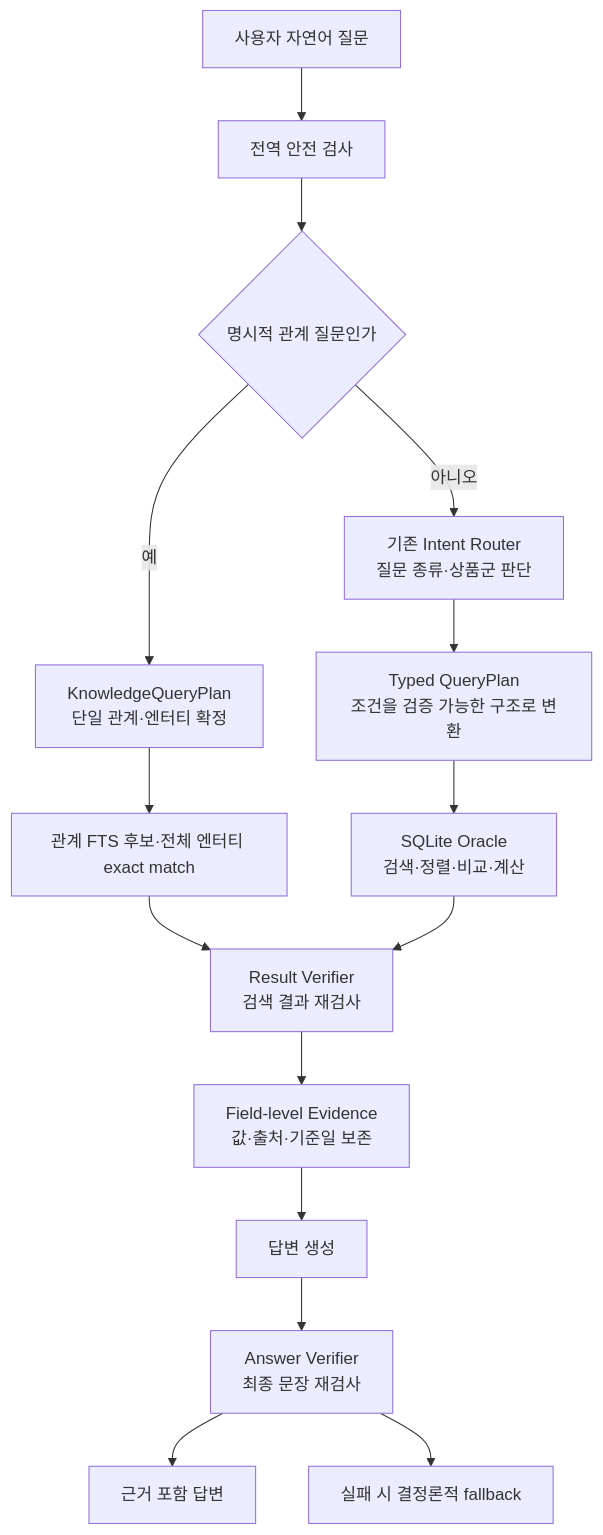
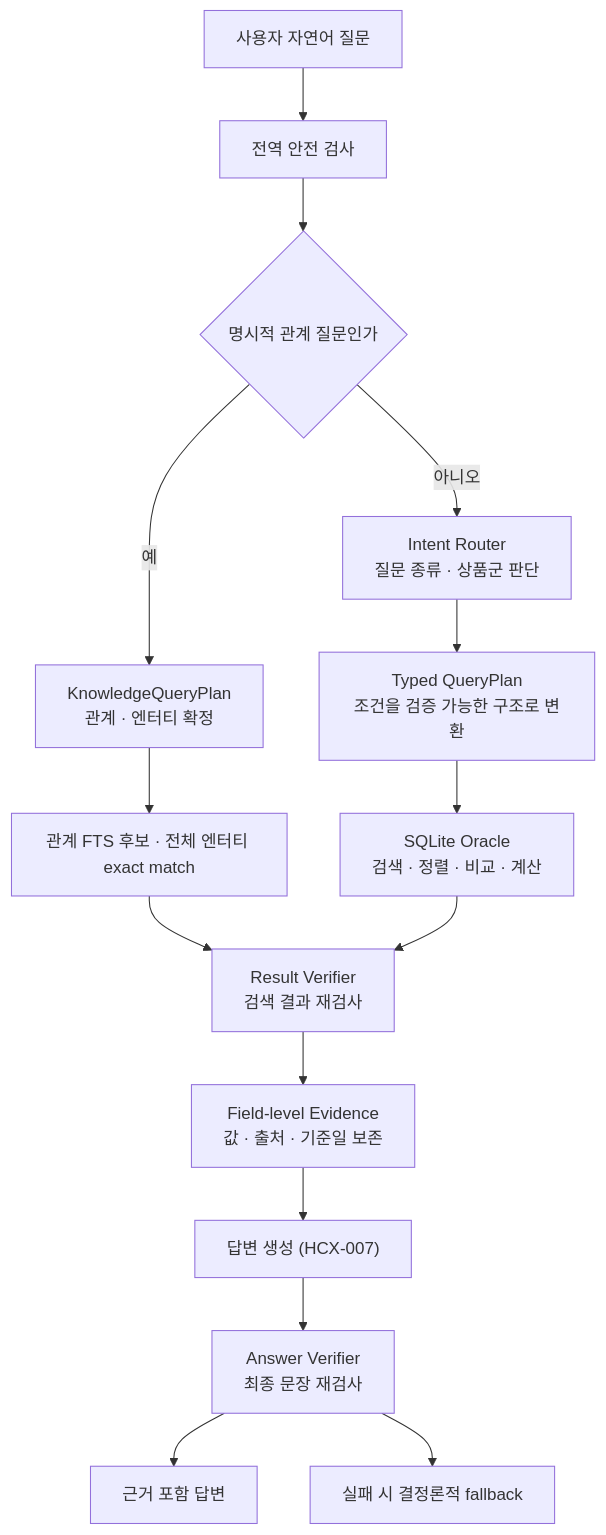
The diagram in src/finance_agent/README.md (Hyunhoim/gaeng3), drawn with Mermaid before and after one commit. The commit also changed other lines of this file and 297 other files, not shown here.

````diff
--- a/src/finance_agent/README.md
+++ b/src/finance_agent/README.md
@@ -36,17 +21,17 @@
 ```mermaid
 flowchart TD
     Q["사용자 자연어 질문"] --> S["전역 안전 검사"]
     S --> KR{"명시적 관계 질문인가"}
-    KR -->|아니오| R["기존 Intent Router<br/>질문 종류·상품군 판단"]
+    KR -->|아니오| R["Intent Router<br/>질문 종류 · 상품군 판단"]
     R --> P["Typed QueryPlan<br/>조건을 검증 가능한 구조로 변환"]
-    P --> O["SQLite Oracle<br/>검색·정렬·비교·계산"]
-    KR -->|예| KP["KnowledgeQueryPlan<br/>단일 관계·엔터티 확정"]
-    KP --> RO["관계 FTS 후보·전체 엔터티 exact match"]
+    P --> O["SQLite Oracle<br/>검색 · 정렬 · 비교 · 계산"]
+    KR -->|예| KP["KnowledgeQueryPlan<br/>관계 · 엔터티 확정"]
+    KP --> RO["관계 FTS 후보 · 전체 엔터티 exact match"]
     RO --> V
     O --> V["Result Verifier<br/>검색 결과 재검사"]
-    V --> E["Field-level Evidence<br/>값·출처·기준일 보존"]
-    E --> A["답변 생성"]
+    V --> E["Field-level Evidence<br/>값 · 출처 · 기준일 보존"]
+    E --> A["답변 생성 (HCX-007)"]
     A --> AV["Answer Verifier<br/>최종 문장 재검사"]
     AV --> OUT["근거 포함 답변"]
     AV --> F["실패 시 결정론적 fallback"]
 ```
````
